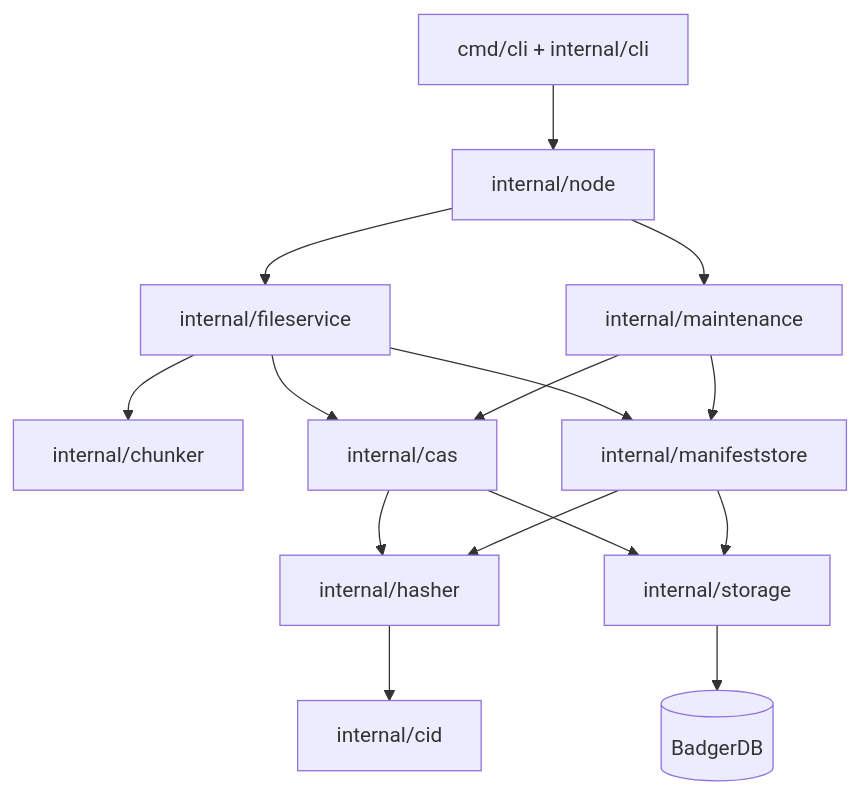
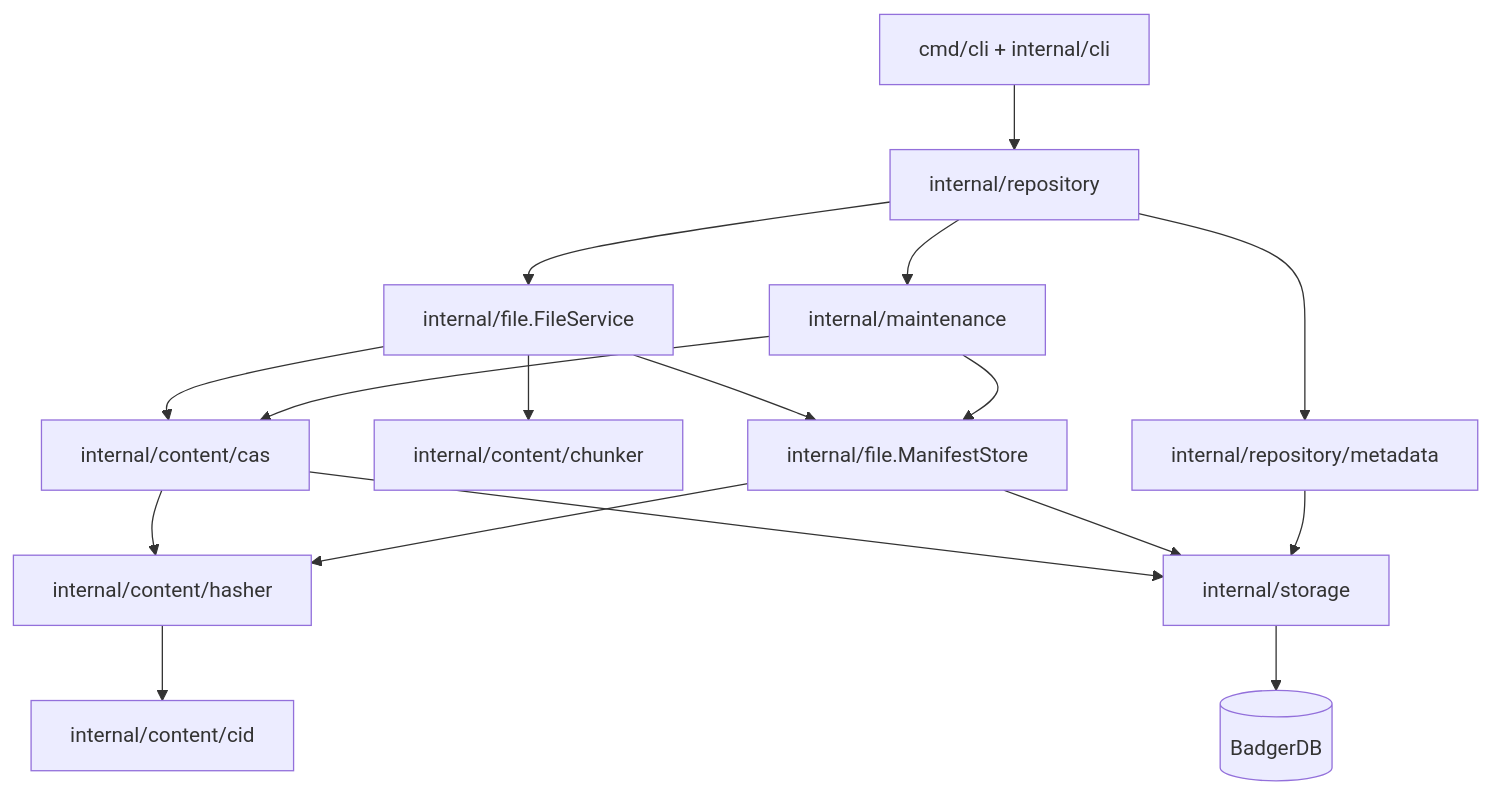
One commit to mexirica/strata changed the diagram in docs/internals/architecture.md. Above: the diagram before and after it, drawn with Mermaid. The commit also changed other lines of this file and 16 other files, not shown here.

First line of the commit message:
Store chunk sizes in manifest (#110)

````diff
--- a/docs/internals/architecture.md
+++ b/docs/internals/architecture.md
@@ -8,17 +8,19 @@
 ```mermaid
 flowchart TD
-    CLI[cmd/cli + internal/cli] --> Node[internal/node]
-    Node --> FileService[internal/fileservice]
+    CLI[cmd/cli + internal/cli] --> Node[internal/repository]
+    Node --> FileService[internal/file.FileService]
+    Node --> Metadata[internal/repository/metadata]
     Node --> Maintenance[internal/maintenance]
-    FileService --> Chunker[internal/chunker]
-    FileService --> CAS[internal/cas]
-    FileService --> Manifests[internal/manifeststore]
+    FileService --> Chunker[internal/content/chunker]
+    FileService --> CAS[internal/content/cas]
+    FileService --> Manifests[internal/file.ManifestStore]
     Maintenance --> CAS
     Maintenance --> Manifests
-    CAS --> Hasher[internal/hasher]
+    CAS --> Hasher[internal/content/hasher]
     Manifests --> Hasher
-    Hasher --> CID[internal/cid]
+    Hasher --> CID[internal/content/cid]
     CAS --> Storage[internal/storage]
     Manifests --> Storage
+    Metadata --> Storage
     Storage --> Badger[(BadgerDB)]
 ```
````
